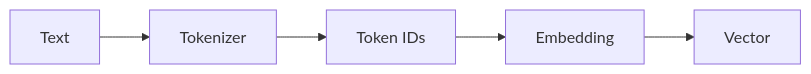
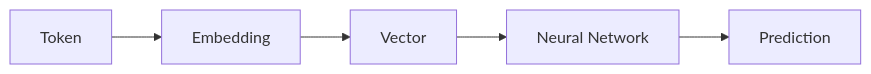
Before and after one commit to AI-learning-simple/Build-Your-Own-LLM: the second of 9 diagrams in 1. LLM基础/4. 神经网络——从神经元到 MLP.md, drawn with Mermaid. The commit also changed other lines of this file and 60 other files, not shown here.

````diff
--- a/1. LLM基础/4. 神经网络——从神经元到 MLP.md
+++ b/1. LLM基础/4. 神经网络——从神经元到 MLP.md
@@ -28,4 +28,5 @@
 ```mermaid
 flowchart LR
-    A[Text] --> B[Tokenizer] --> C["Token IDs"] --> D[Embedding] --> E[Vector]
+    A[Token] --> B[Embedding] --> C[Vector]
+    C --> D[Neural Network] --> E[Prediction]
 ```
````
